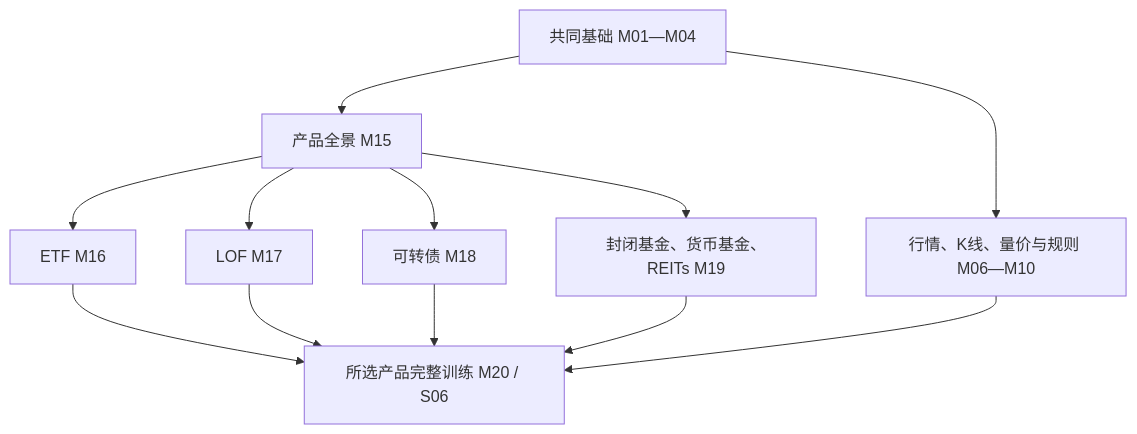
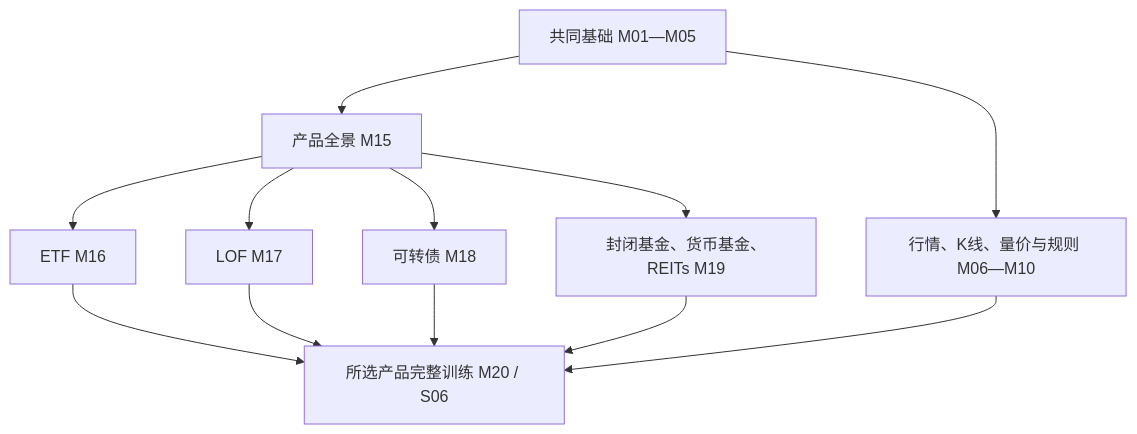
The second of 2 diagrams in references/course-map.md (airpot/ashare-market-learning), drawn with Mermaid before and after one commit. The commit also changed other lines of this file and 69 other files, not shown here.

````diff
--- a/references/course-map.md
+++ b/references/course-map.md
@@ -176,14 +178,14 @@
 ```mermaid
 flowchart TB
- A[共同基础 M01—M04] --> B[产品全景 M15]
+ A[共同基础 M01—M05] --> B[产品全景 M15]
  A --> C[行情、K线、量价与规则 M06—M10]
  B --> D[ETF M16]
  B --> E[LOF M17]
  B --> F[可转债 M18]
  B --> G[封闭基金、货币基金、REITs M19]
  D --> H[所选产品完整训练 M20 / S06]
  E --> H
  F --> H
  G --> H
  C --> H
 ```
````
